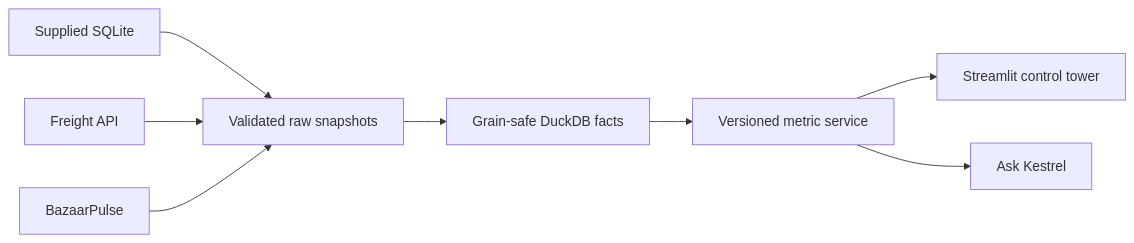
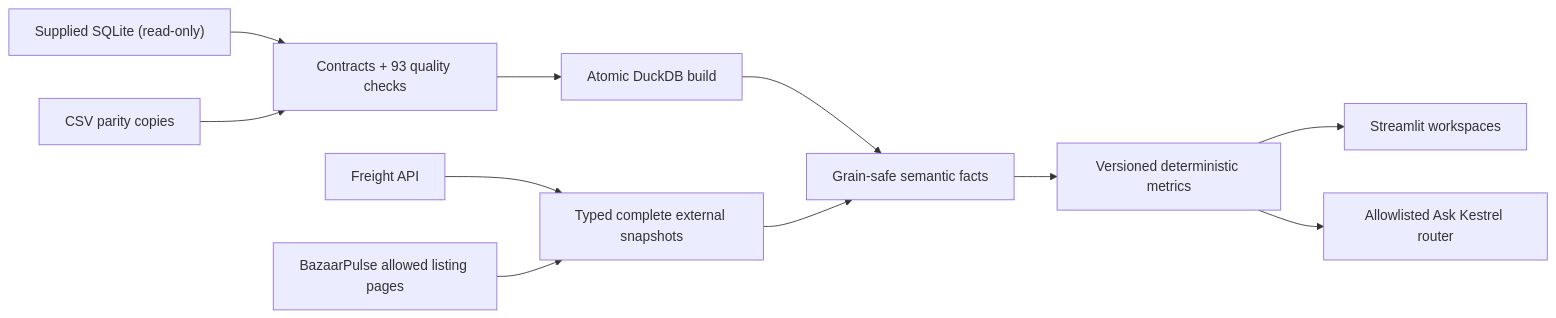
One commit to starky498/kestrel-control-tower changed the diagram in README.md. Above: the diagram before and after it, drawn with Mermaid. The commit also changed other lines of this file and 8 other files, not shown here.

Commit message:
docs: finish clean-start guide and architecture

````diff
--- a/README.md
+++ b/README.md
@@ -20,10 +123,13 @@
 ```mermaid
 flowchart LR
-    A["Supplied SQLite"] --> D["Validated raw snapshots"]
-    B["Freight API"] --> D
-    C["BazaarPulse"] --> D
-    D --> E["Grain-safe DuckDB facts"]
-    E --> F["Versioned metric service"]
-    F --> G["Streamlit control tower"]
-    F --> H["Ask Kestrel"]
+    A["Supplied SQLite (read-only)"] --> V["Contracts + 93 quality checks"]
+    C["CSV parity copies"] --> V
+    V --> B["Atomic DuckDB build"]
+    F["Freight API"] --> X["Typed complete external snapshots"]
+    P["BazaarPulse allowed listing pages"] --> X
+    B --> S["Grain-safe semantic facts"]
+    X --> S
+    S --> M["Versioned deterministic metrics"]
+    M --> U["Streamlit workspaces"]
+    M --> N["Allowlisted Ask Kestrel router"]
 ```
````
